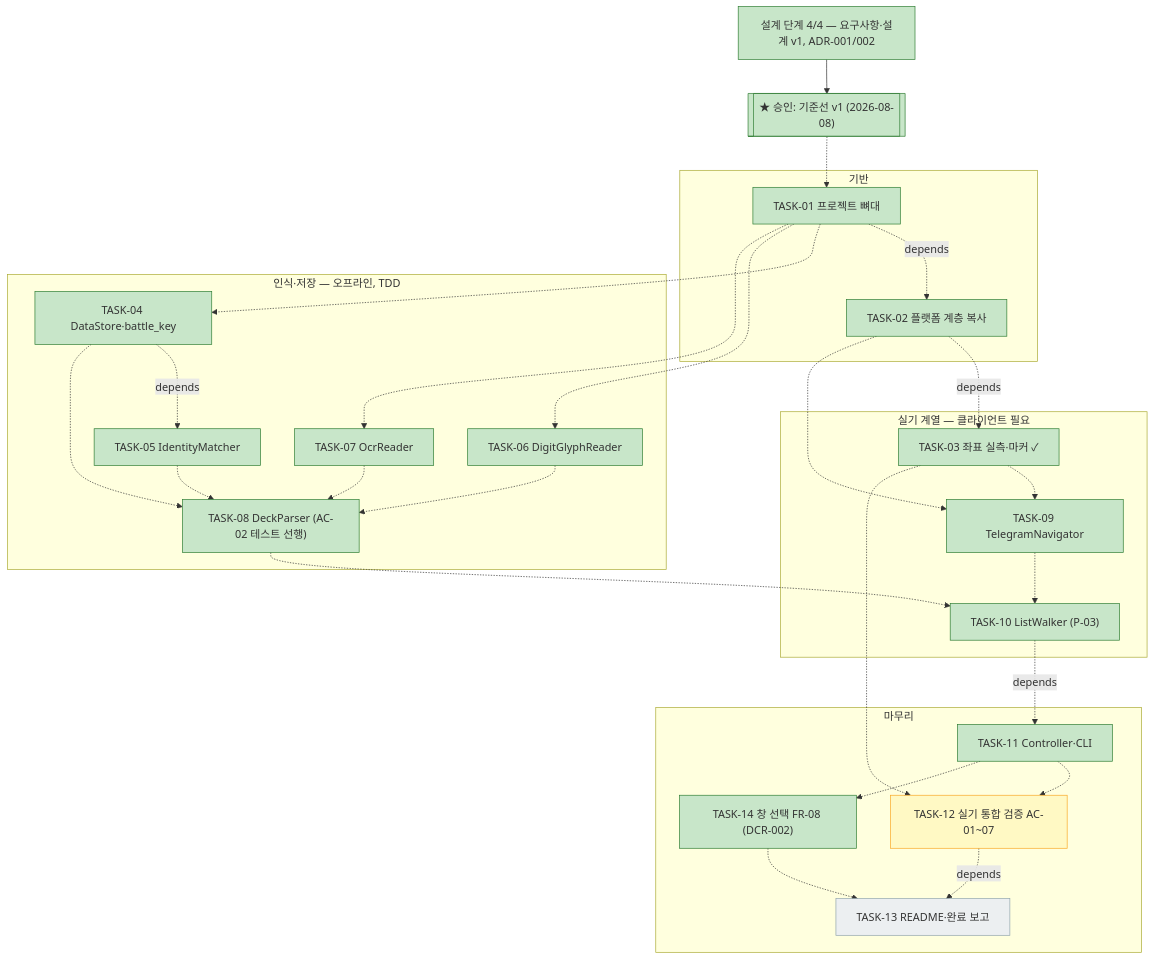
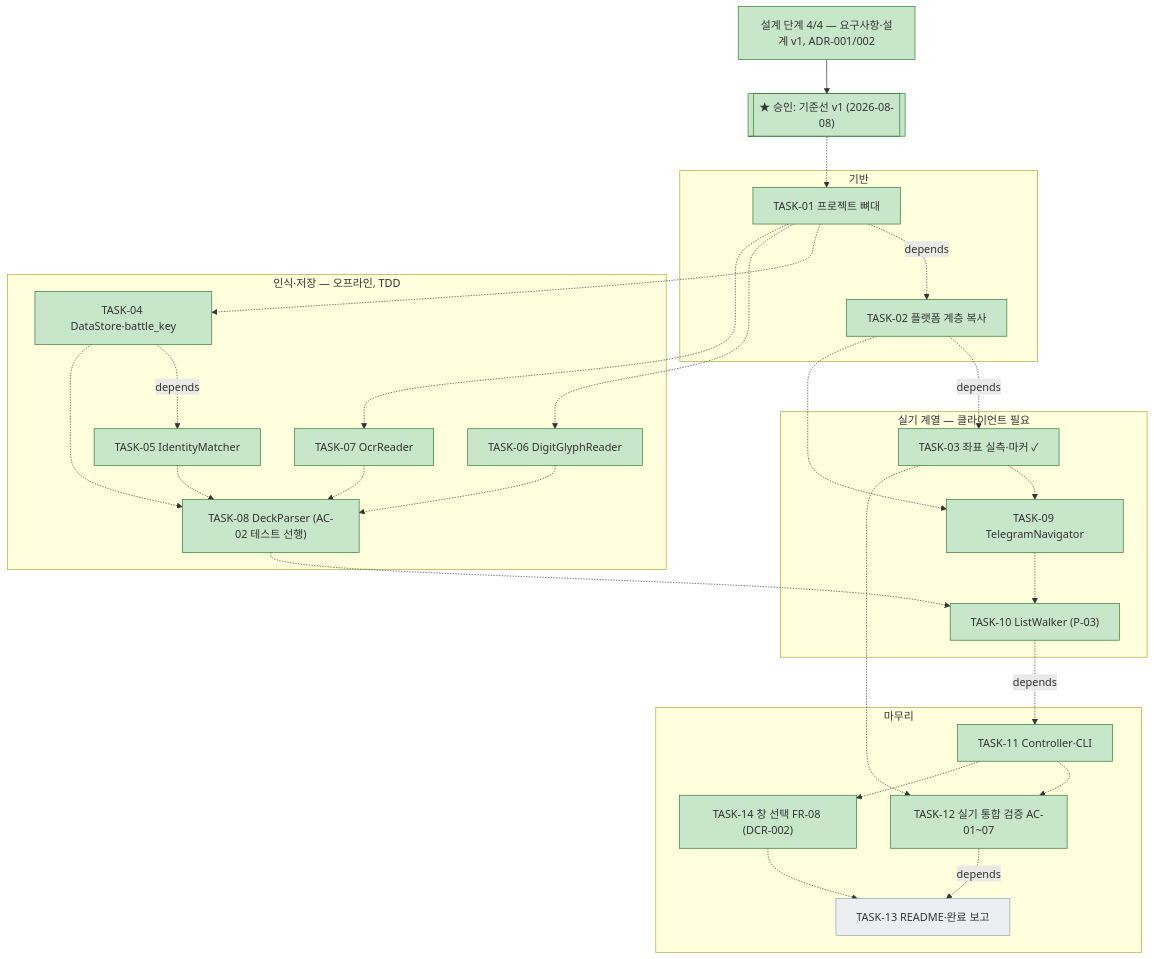
Before and after one commit to bluesky5008/sgz_statiz: the diagram in docs/work/20260808-telegram-deck-extract/plan.md, drawn with Mermaid. The commit also changed other lines of this file and 92 other files, not shown here.

````diff
--- a/docs/work/20260808-telegram-deck-extract/plan.md
+++ b/docs/work/20260808-telegram-deck-extract/plan.md
@@ -67,53 +67,53 @@
 ```mermaid
 flowchart TD
     D0["설계 단계 4/4 — 요구사항·설계 v1, ADR-001/002"]:::done
     APR[["★ 승인: 기준선 v1 (2026-08-08)"]]:::done
     D0 --> APR
     subgraph G1["기반"]
         T01["TASK-01 프로젝트 뼈대"]:::done
         T02["TASK-02 플랫폼 계층 복사"]:::done
     end
     subgraph G2["인식·저장 — 오프라인, TDD"]
         T04["TASK-04 DataStore·battle_key"]:::done
         T05["TASK-05 IdentityMatcher"]:::done
         T06["TASK-06 DigitGlyphReader"]:::done
         T07["TASK-07 OcrReader"]:::done
         T08["TASK-08 DeckParser (AC-02 테스트 선행)"]:::done
     end
     subgraph G3["실기 계열 — 클라이언트 필요"]
         T03["TASK-03 좌표 실측·마커 ✓"]:::done
         T09["TASK-09 TelegramNavigator"]:::done
         T10["TASK-10 ListWalker (P-03)"]:::done
     end
     subgraph G4["마무리"]
         T11["TASK-11 Controller·CLI"]:::done
-        T12["TASK-12 실기 통합 검증 AC-01~07"]:::active
+        T12["TASK-12 실기 통합 검증 AC-01~07"]:::done
         T14["TASK-14 창 선택 FR-08 (DCR-002)"]:::done
         T13["TASK-13 README·완료 보고"]:::todo
     end
     APR -.-> T01
     T01 -. depends .-> T02
     T02 -. depends .-> T03
     T01 -.-> T04
     T01 -.-> T06
     T01 -.-> T07
     T04 -. depends .-> T05
     T04 -.-> T08
     T05 -.-> T08
     T06 -.-> T08
     T07 -.-> T08
     T02 -.-> T09
     T03 -.-> T09
     T08 -.-> T10
     T09 -.-> T10
     T10 -. depends .-> T11
     T03 -.-> T12
     T11 -.-> T12
     T11 -.-> T14
     T12 -. depends .-> T13
     T14 -.-> T13
     classDef done fill:#c8e6c9,stroke:#2e7d32
     classDef active fill:#fff9c4,stroke:#f9a825
     classDef todo fill:#eceff1,stroke:#90a4ae
     classDef blocked fill:#ffcdd2,stroke:#c62828
 ```
````
